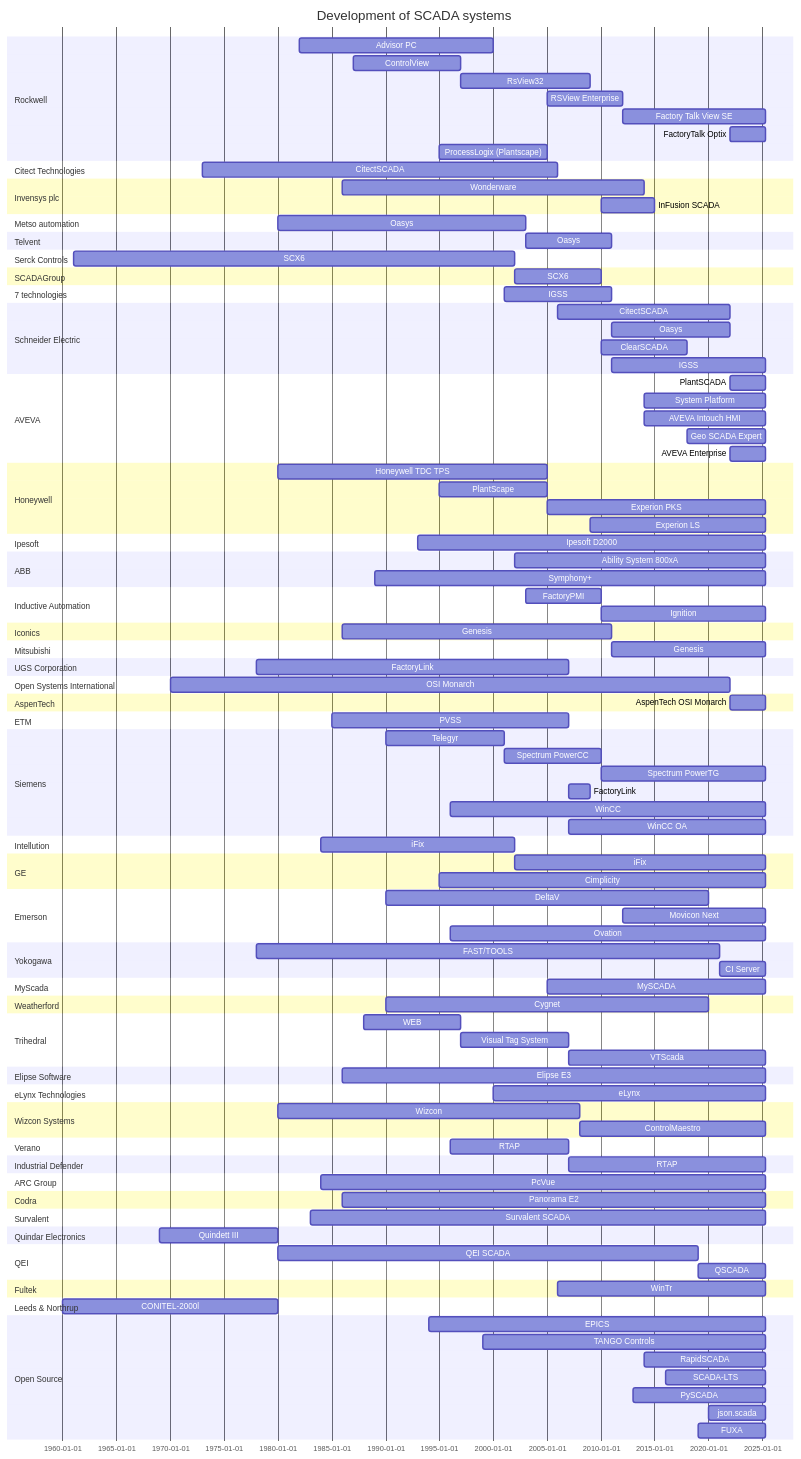
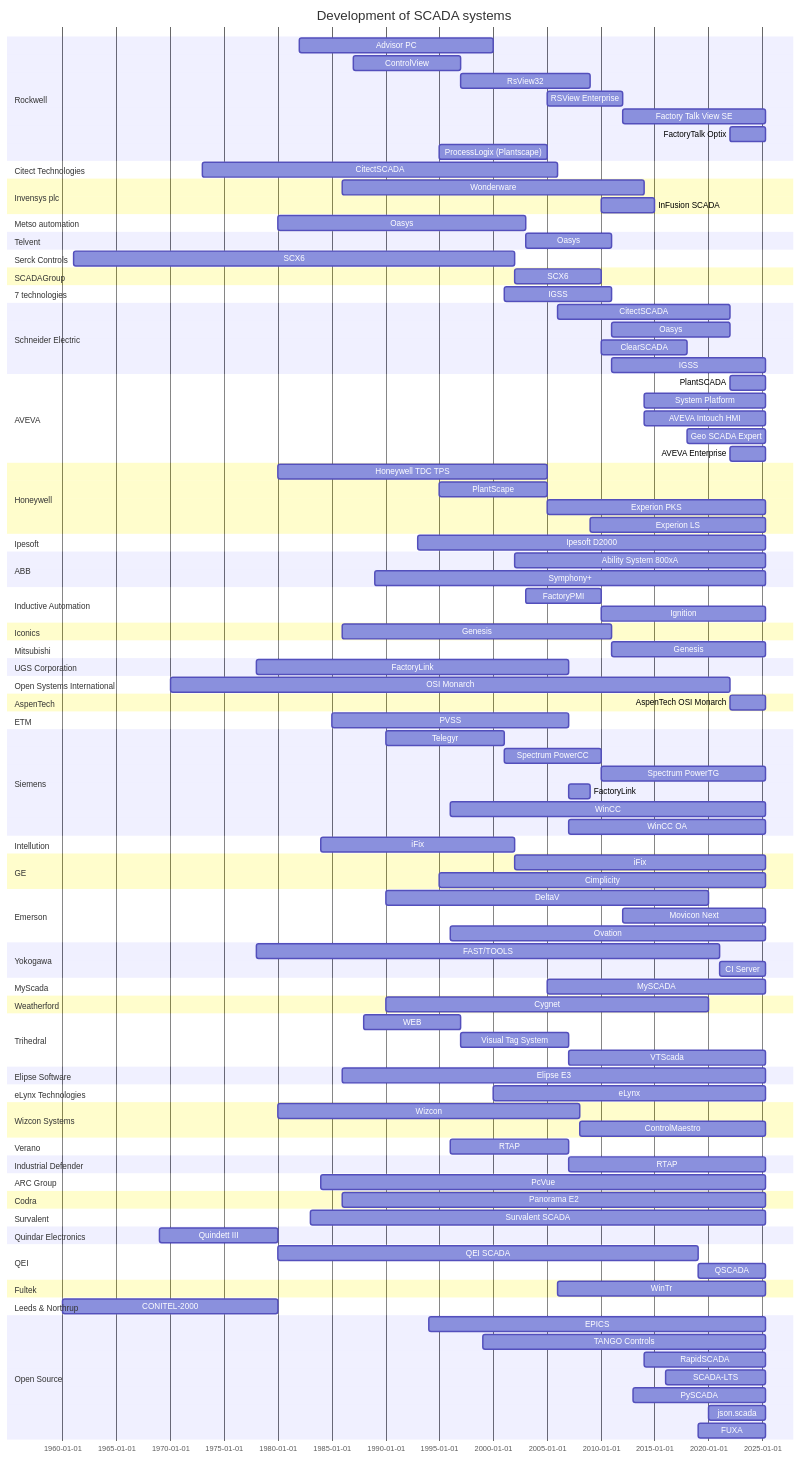
The diagram in README.md (hutcheb/scada-timeline), drawn with Mermaid before and after one commit.

```diff
--- a/README.md
+++ b/README.md
@@ -169,7 +169,7 @@
     section  Leeds & Northrup
         %%(Need to confirm)
         %%(http://www.ece.iit.edu/~flueck/chicago_pes/2004/anb0309.html)
-        CONITEL-2000l : conitel, 1960, 1980
+        CONITEL-2000 : conitel, 1960, 1980
     section Open Source
         %%(https://en.wikipedia.org/wiki/EPICS)
         EPICS : epics, 1994, until 2025
```
